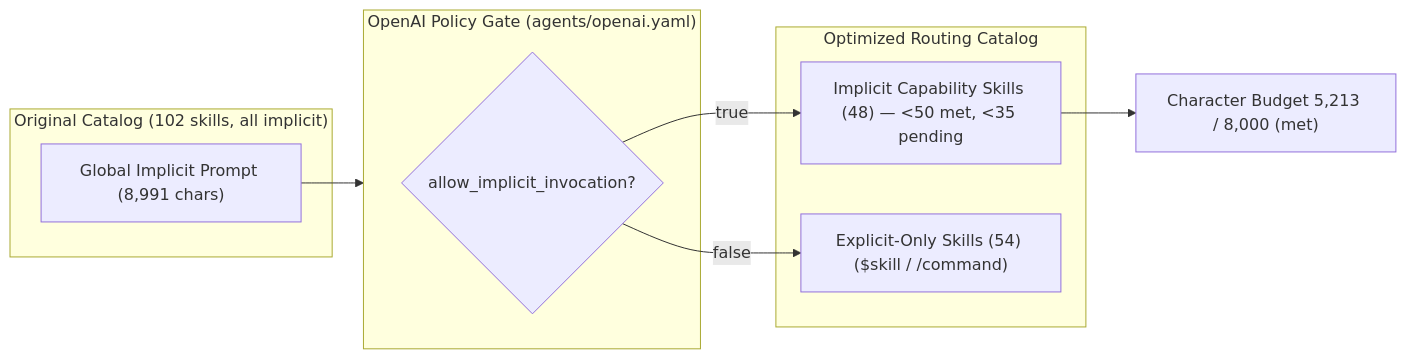
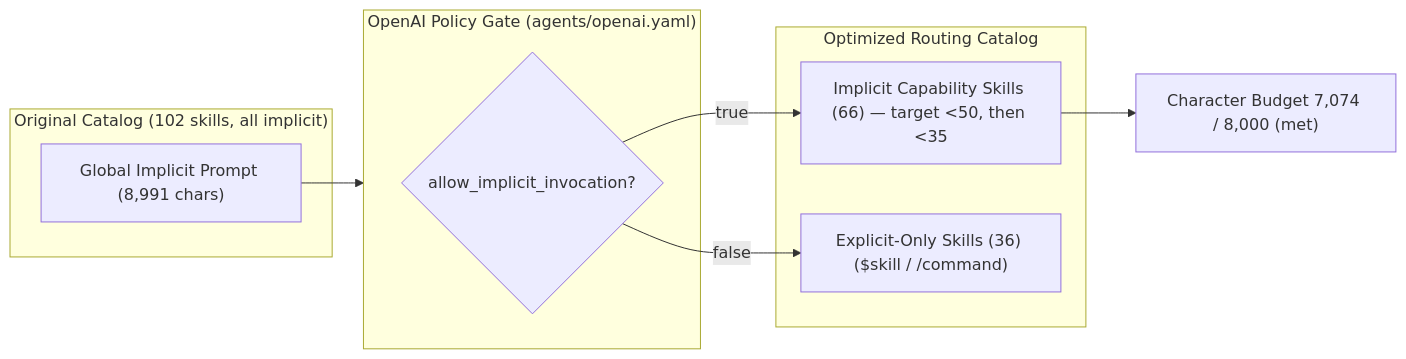
Before and after one commit to allenlin90/eridu-services: the second of 2 diagrams in docs/prd/agentic-tool-enhancement.md, drawn with Mermaid. The commit also changed other lines of this file and 20 other files, not shown here.

First line of the commit message:
revert(agents): withdraw explicit-only flips; record routing-policy constraint

````diff
--- a/docs/prd/agentic-tool-enhancement.md
+++ b/docs/prd/agentic-tool-enhancement.md
@@ -70,20 +70,20 @@
 ```mermaid
 flowchart LR
     subgraph RawCatalog ["Original Catalog (102 skills, all implicit)"]
         RawPrompt["Global Implicit Prompt (8,991 chars)"]
     end
 
     subgraph PolicyGate ["OpenAI Policy Gate (agents/openai.yaml)"]
         CheckImplicit{"allow_implicit_invocation?"}
     end
 
     subgraph FilteredCatalog ["Optimized Routing Catalog"]
-        ImplicitSkills["Implicit Capability Skills (48) — &lt;50 met, &lt;35 pending"]
-        ExplicitSkills["Explicit-Only Skills (54) ($skill / /command)"]
+        ImplicitSkills["Implicit Capability Skills (66) — target &lt;50, then &lt;35"]
+        ExplicitSkills["Explicit-Only Skills (36) ($skill / /command)"]
     end
 
     RawPrompt --> PolicyGate
     CheckImplicit -->|true| ImplicitSkills
     CheckImplicit -->|false| ExplicitSkills
-    ImplicitSkills --> BudgetCheck["Character Budget 5,213 / 8,000 (met)"]
+    ImplicitSkills --> BudgetCheck["Character Budget 7,074 / 8,000 (met)"]
 ```
````
